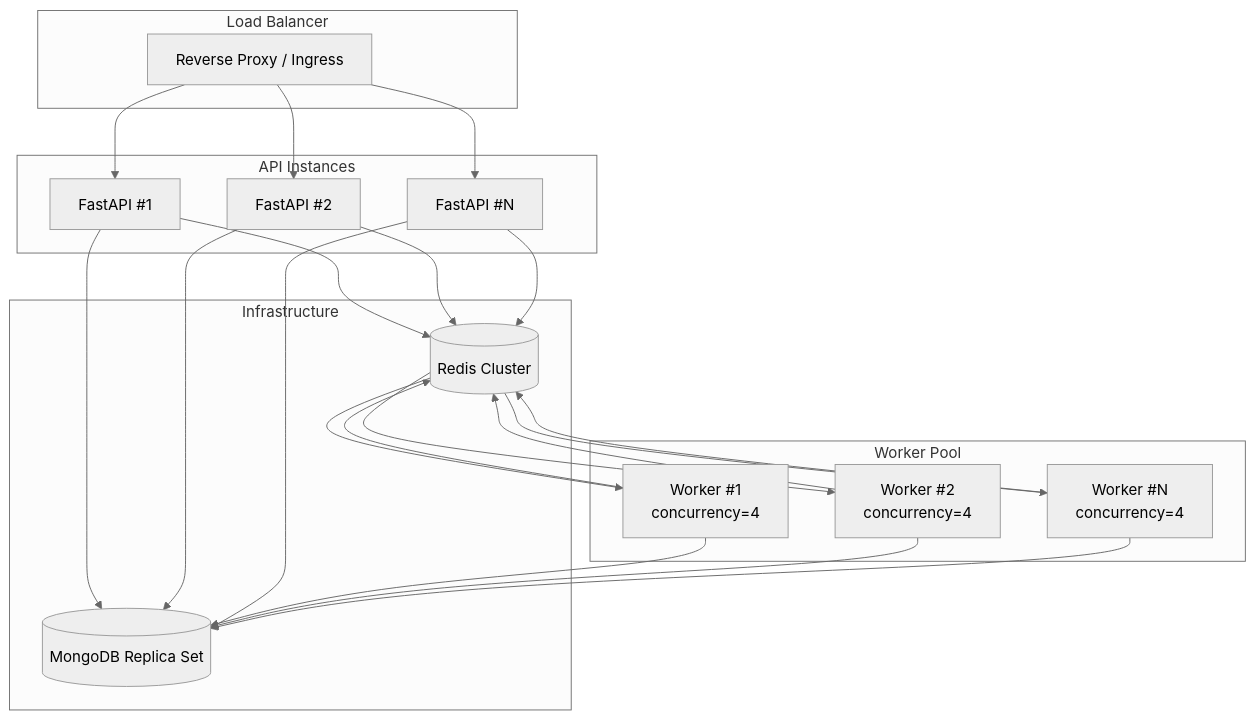
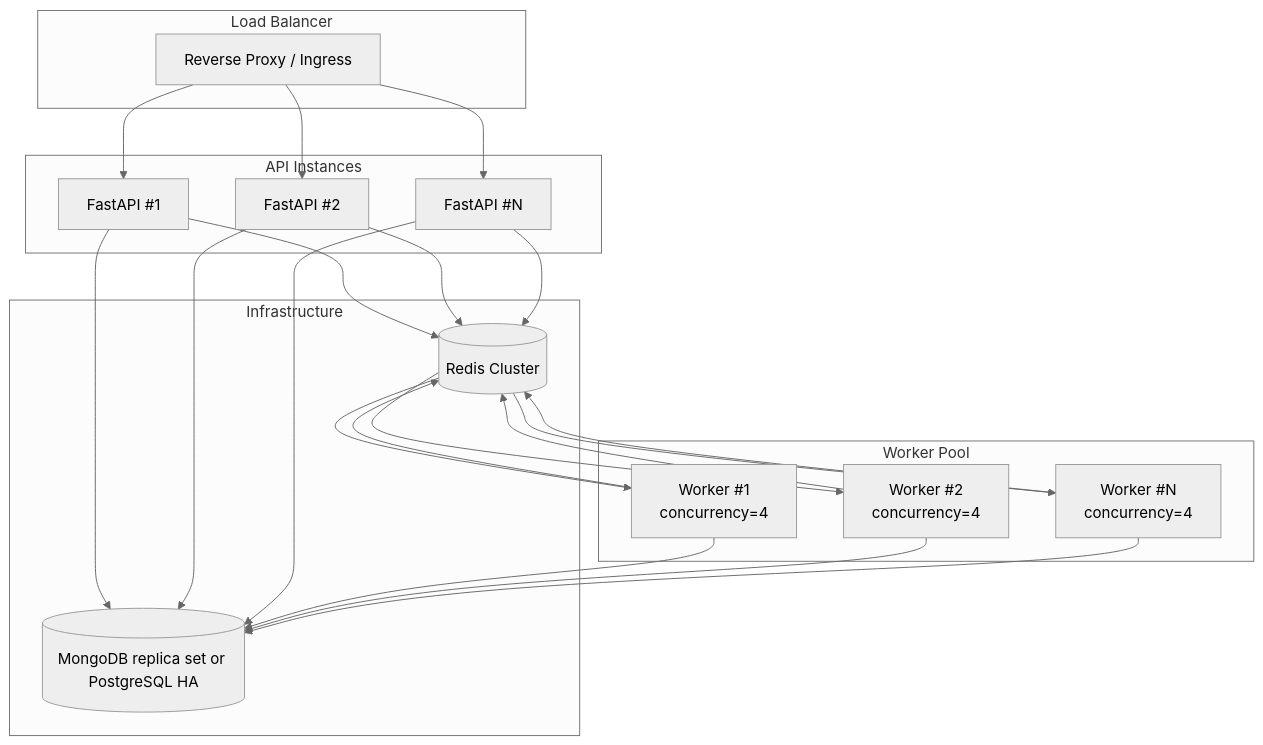
One commit to naaico-tech/tbd-agents changed the first of 2 diagrams in docs/architecture/scaling.md. Above: the diagram before and after it, drawn with Mermaid (neutral theme). The commit also changed other lines of this file and 44 other files, not shown here.

````diff
--- a/docs/architecture/scaling.md
+++ b/docs/architecture/scaling.md
@@ -9,30 +9,30 @@
 ```mermaid
 graph TB
     subgraph Load Balancer
         LB[Reverse Proxy / Ingress]
     end
 
     subgraph API Instances
         API1[FastAPI #1]
         API2[FastAPI #2]
         API3[FastAPI #N]
     end
 
     subgraph Worker Pool
         W1[Worker #1<br/>concurrency=4]
         W2[Worker #2<br/>concurrency=4]
         W3[Worker #N<br/>concurrency=4]
     end
 
     subgraph Infrastructure
         Redis[(Redis Cluster)]
-        Mongo[(MongoDB Replica Set)]
+        Store[(MongoDB replica set or PostgreSQL HA)]
     end
 
     LB --> API1 & API2 & API3
     API1 & API2 & API3 --> Redis
-    API1 & API2 & API3 --> Mongo
+    API1 & API2 & API3 --> Store
     Redis --> W1 & W2 & W3
-    W1 & W2 & W3 --> Mongo
+    W1 & W2 & W3 --> Store
     W1 & W2 & W3 --> Redis
 ```
````
